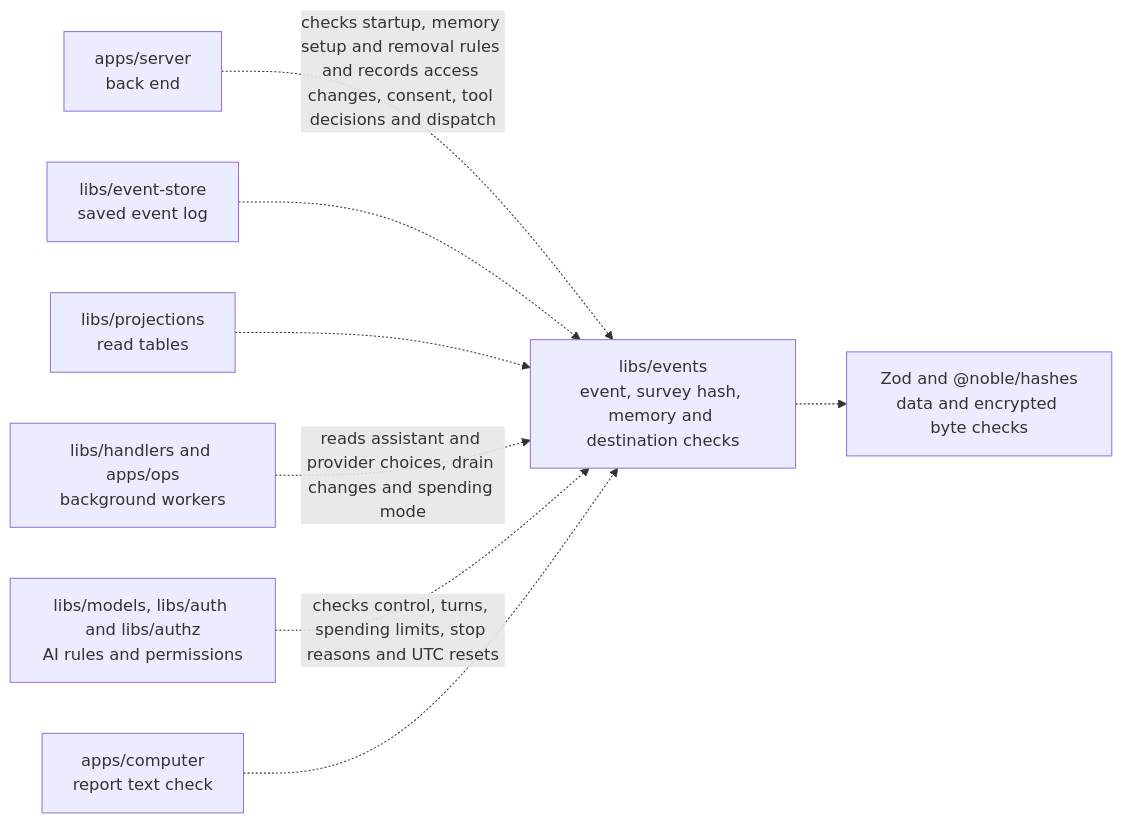
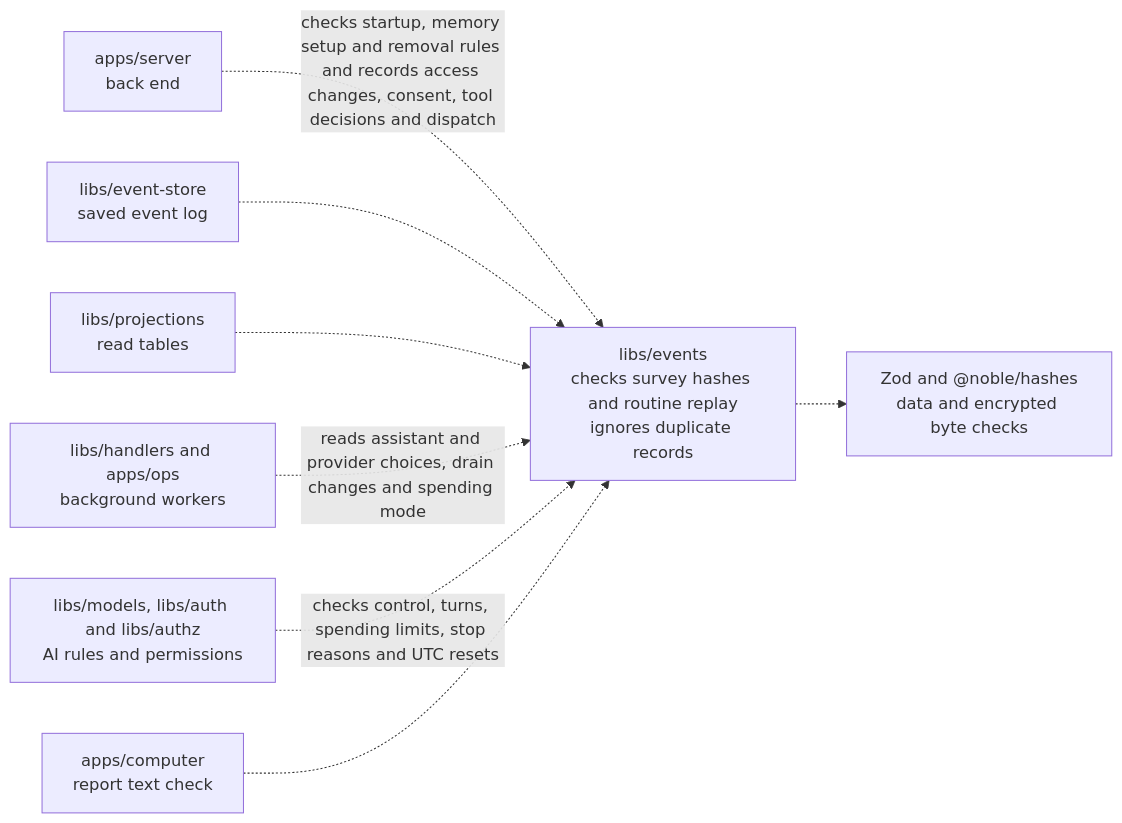
One commit to elewa-git/opencrane-new changed the diagram in libs/events/README.md. Above: the diagram before and after it, drawn with Mermaid. The commit also changed other lines of this file and 14 other files, not shown here.

First line of the commit message:
🧾 Routine records are checked strictly and rebuild the same facts without ever firing (#346)

````diff
--- a/libs/events/README.md
+++ b/libs/events/README.md
@@ -24,10 +24,10 @@
 ```mermaid
 flowchart LR
-  server["apps/server<br/>back end"] -.->|checks startup, memory setup and removal rules and records access changes, consent, tool decisions and dispatch| events["libs/events<br/>event, survey hash, memory and destination checks"]
+  server["apps/server<br/>back end"] -.->|checks startup, memory setup and removal rules and records access changes, consent, tool decisions and dispatch| events["libs/events<br/>checks survey hashes and routine replay<br/>ignores duplicate records"]
   store["libs/event-store<br/>saved event log"] -.-> events
   projections["libs/projections<br/>read tables"] -.-> events
   workers["libs/handlers and apps/ops<br/>background workers"] -.->|reads assistant and provider choices, drain changes and spending mode| events
   others["libs/models, libs/auth and libs/authz<br/>AI rules and permissions"] -.->|checks control, turns, spending limits, stop reasons and UTC resets| events
   computer["apps/computer<br/>report text check"] -.-> events
   events -.-> checks["Zod and @noble/hashes<br/>data and encrypted byte checks"]
 ```
````
